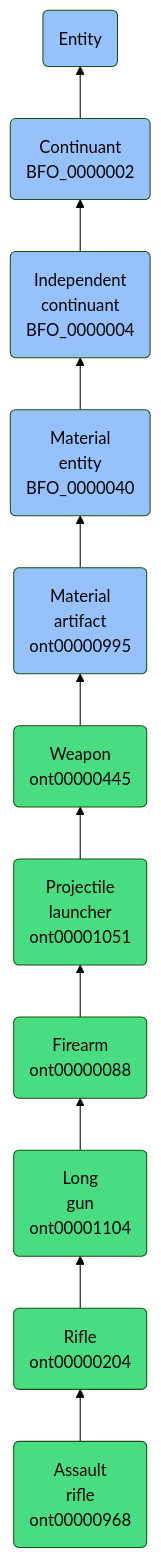
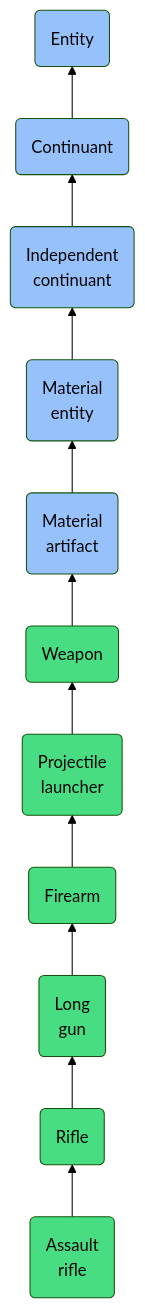
One commit to jupyter-naas/abi changed the diagram in docs/ontology/reference/model/Entity/Continuant/Independent continuant/Material entity/Material artifact/Weapon/Projectile launcher/Firearm/Long gun/Rifle/Assault rifle/Assault rifle.md. Above: the diagram before and after it, drawn with Mermaid (forest theme). The commit also changed other lines of this file and 1430 other files, not shown here.

````diff
--- a/docs/ontology/reference/model/Entity/Continuant/Independent continuant/Material entity/Material artifact/Weapon/Projectile launcher/Firearm/Long gun/Rifle/Assault rifle/Assault rifle.md
+++ b/docs/ontology/reference/model/Entity/Continuant/Independent continuant/Material entity/Material artifact/Weapon/Projectile launcher/Firearm/Long gun/Rifle/Assault rifle/Assault rifle.md
@@ -24,18 +24,18 @@
 ```mermaid
 graph BT
-    ont00000968(Assault<br>rifle<br>ont00000968):::ABI-->ont00000204
-    ont00000204(Rifle<br>ont00000204):::ABI-->ont00001104
-    ont00001104(Long<br>gun<br>ont00001104):::ABI-->ont00000088
-    ont00000088(Firearm<br>ont00000088):::ABI-->ont00001051
-    ont00001051(Projectile<br>launcher<br>ont00001051):::ABI-->ont00000445
-    ont00000445(Weapon<br>ont00000445):::ABI-->ont00000995
-    ont00000995(Material<br>artifact<br>ont00000995):::BFO-->BFO_0000040
-    BFO_0000040(Material<br>entity<br>BFO_0000040):::BFO-->BFO_0000004
-    BFO_0000004(Independent<br>continuant<br>BFO_0000004):::BFO-->BFO_0000002
-    BFO_0000002(Continuant<br>BFO_0000002):::BFO-->BFO_0000001
+    ont00000968(Assault<br>rifle):::ABI-->ont00000204
+    ont00000204(Rifle):::ABI-->ont00001104
+    ont00001104(Long<br>gun):::ABI-->ont00000088
+    ont00000088(Firearm):::ABI-->ont00001051
+    ont00001051(Projectile<br>launcher):::ABI-->ont00000445
+    ont00000445(Weapon):::ABI-->ont00000995
+    ont00000995(Material<br>artifact):::BFO-->BFO_0000040
+    BFO_0000040(Material<br>entity):::BFO-->BFO_0000004
+    BFO_0000004(Independent<br>continuant):::BFO-->BFO_0000002
+    BFO_0000002(Continuant):::BFO-->BFO_0000001
     BFO_0000001(Entity):::BFO
     
     classDef BFO fill:#97c1fb,color:#060606
     classDef CCO fill:#e4c51e,color:#060606
     classDef ABI fill:#48DD82,color:#060606
 ```
````
